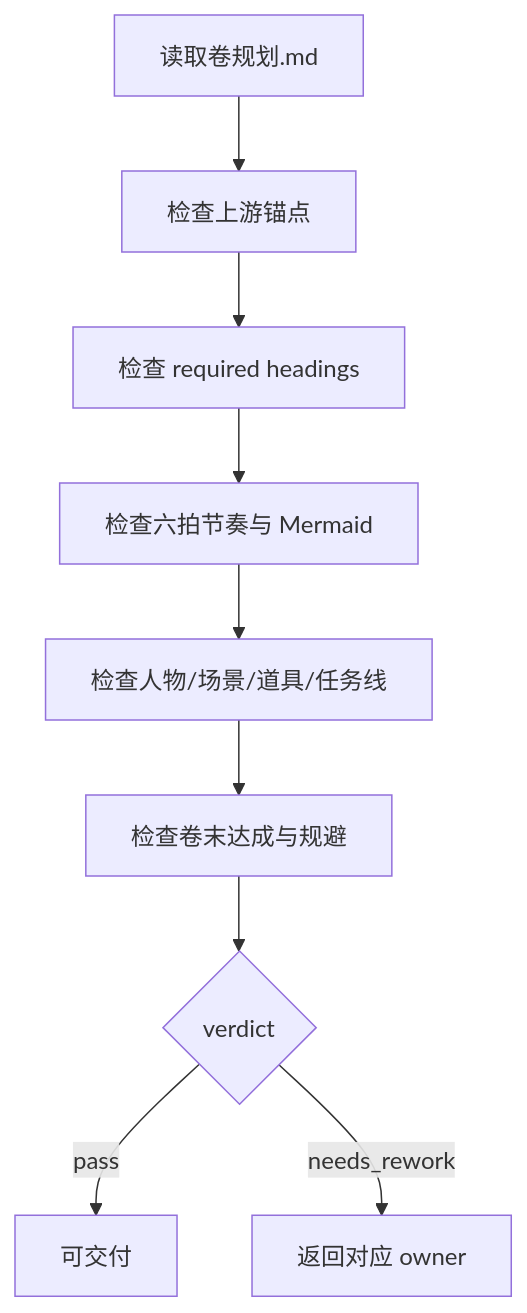
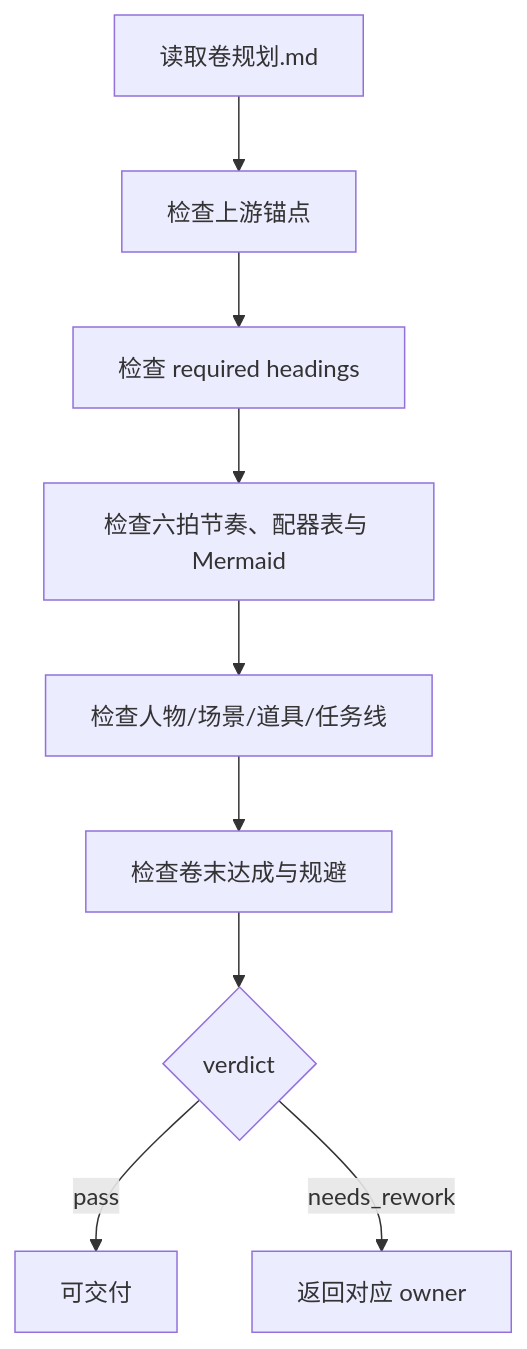
Before and after one commit to ZEN-VOID/AI-CUT: the diagram in .agents/skills/story/2-卷章/2-卷级/review/review-contract.md, drawn with Mermaid. The commit also changed other lines of this file and 127 other files, not shown here.

````diff
--- a/.agents/skills/story/2-卷章/2-卷级/review/review-contract.md
+++ b/.agents/skills/story/2-卷章/2-卷级/review/review-contract.md
@@ -12,11 +12,11 @@
 ```mermaid
 flowchart TD
     A["读取卷规划.md"] --> B["检查上游锚点"]
     B --> C["检查 required headings"]
-    C --> D["检查六拍节奏与 Mermaid"]
+    C --> D["检查六拍节奏、配器表与 Mermaid"]
     D --> E["检查人物/场景/道具/任务线"]
     E --> F["检查卷末达成与规避"]
     F --> G{"verdict"}
     G -->|"pass"| H["可交付"]
     G -->|"needs_rework"| I["返回对应 owner"]
 ```
````
